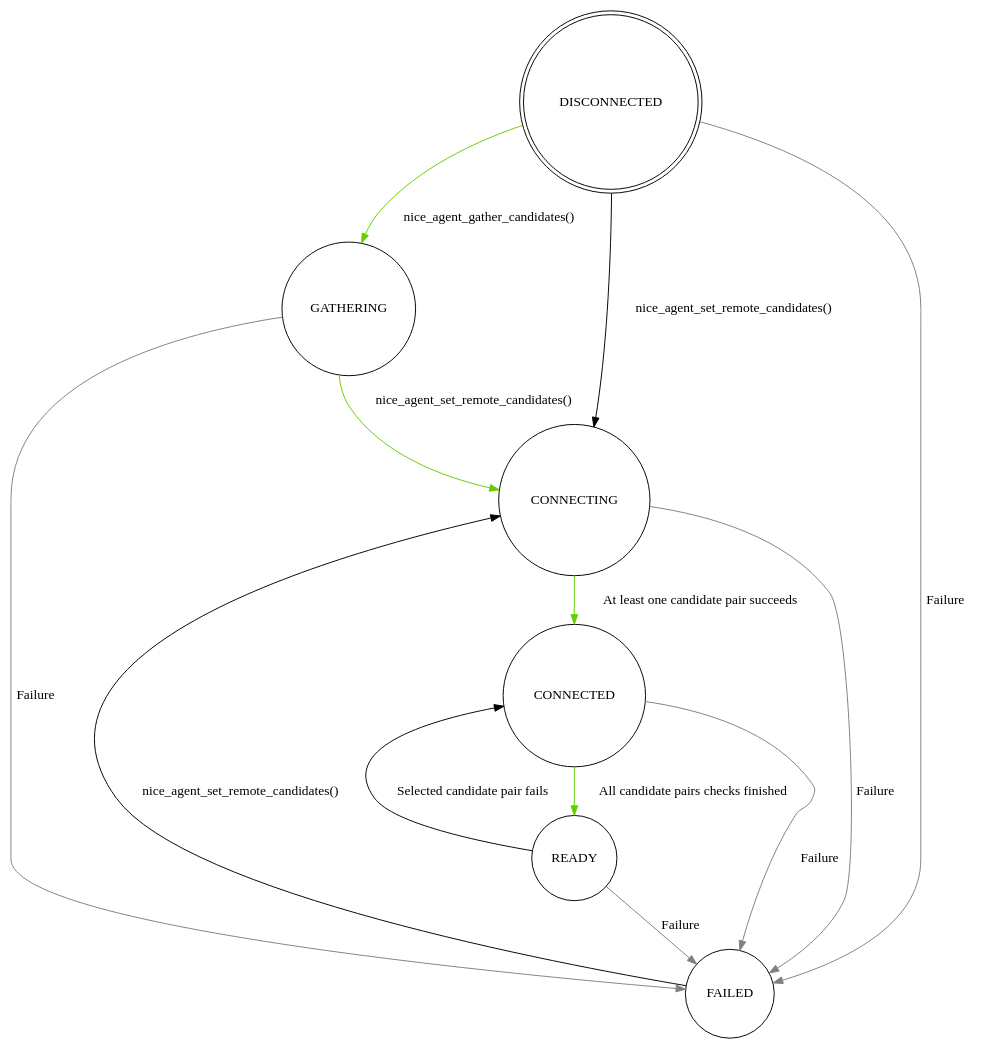
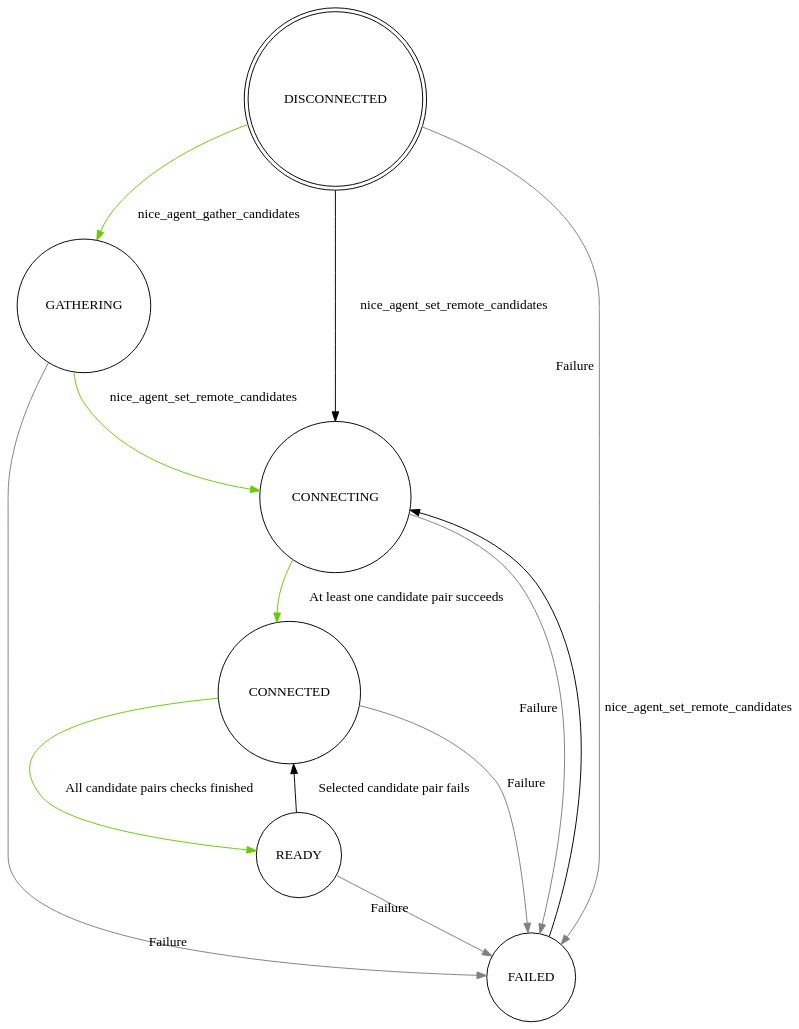
One commit to Kurento/doc-kurento-readthedocs changed the diagram in source/images/graphs/events-libnice-states.dot. Above: the diagram before and after it, drawn with Graphviz. The commit also changed 499 other files, not shown here.

```diff
--- a/source/images/graphs/events-libnice-states.dot
+++ b/source/images/graphs/events-libnice-states.dot
@@ -1,25 +1,36 @@
-/* libnice state transition diagram for NiceComponentState. */
+// libnice state transition diagram for NiceComponentState
 digraph NiceComponentState {
-  rankdir=TB;
-  node [shape = doublecircle]; DISCONNECTED;
-  node [shape = circle];
+  bgcolor = "transparent";
 
-  /* Colour the normal control flow in green. */
-  DISCONNECTED -> GATHERING [ label = "nice_agent_gather_candidates()", color = chartreuse3 ];
-  GATHERING -> CONNECTING [ label = "nice_agent_set_remote_candidates()", color = chartreuse3 ];
-  CONNECTING -> CONNECTED [ label = "At least one candidate pair succeeds", color = chartreuse3 ];
-  CONNECTED -> READY [ label = "All candidate pairs checks finished", color = chartreuse3 ];
+  rankdir = "TB";
 
-  READY -> CONNECTED [ label = "Selected candidate pair fails" ];
+  node [shape = "doublecircle"];
 
-  FAILED -> CONNECTING [ label = "nice_agent_set_remote_candidates()" ];
+  "DISCONNECTED";
 
-  DISCONNECTED -> CONNECTING [ label = "nice_agent_set_remote_candidates()" ];
+  node [shape = "circle"];
 
-  /* Colour the failure paths in grey. */
-  DISCONNECTED -> FAILED [ label = "Failure", color = gray ];
-  GATHERING -> FAILED [ label = "Failure", color = gray ];
-  CONNECTING -> FAILED [ label = "Failure", color = gray ];
-  CONNECTED -> FAILED [ label = "Failure", color = gray ];
-  READY -> FAILED [ label = "Failure", color = gray ];
+  // Successful path -> green
+  edge [color = "chartreuse3"];
+
+  "DISCONNECTED" -> "GATHERING" [label = "nice_agent_gather_candidates"];
+  "GATHERING" -> "CONNECTING" [label = "nice_agent_set_remote_candidates"];
+  "CONNECTING" -> "CONNECTED" [label = "At least one candidate pair succeeds"];
+  "CONNECTED" -> "READY" [label = "All candidate pairs checks finished"];
+
+  // Normal control flow -> black
+  edge [color = "black"];
+
+  "READY" -> "CONNECTED" [label = "Selected candidate pair fails"];
+  "FAILED" -> "CONNECTING" [xlabel = "nice_agent_set_remote_candidates"];
+  "DISCONNECTED" -> "CONNECTING" [label = "nice_agent_set_remote_candidates"];
+
+  // Failure paths -> gray
+  edge [xlabel = "Failure", color = "gray"];
+
+  "DISCONNECTED" -> "FAILED";
+  "GATHERING" -> "FAILED";
+  "CONNECTING" -> "FAILED";
+  "CONNECTED" -> "FAILED";
+  "READY" -> "FAILED";
 }
```
